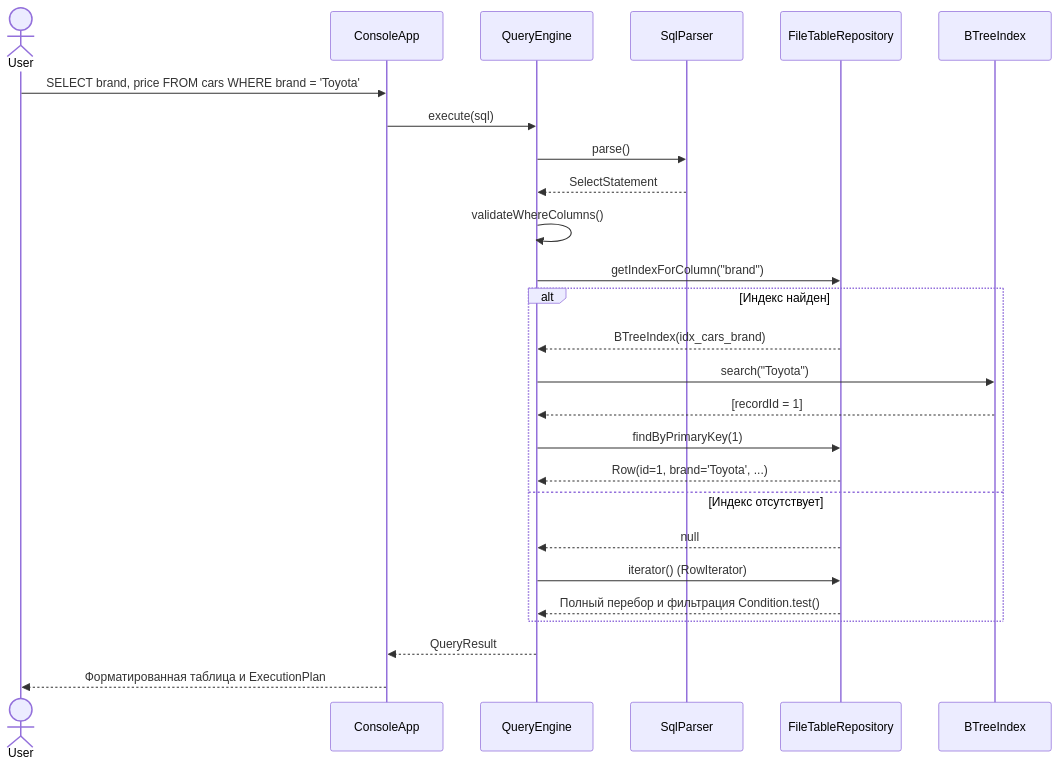
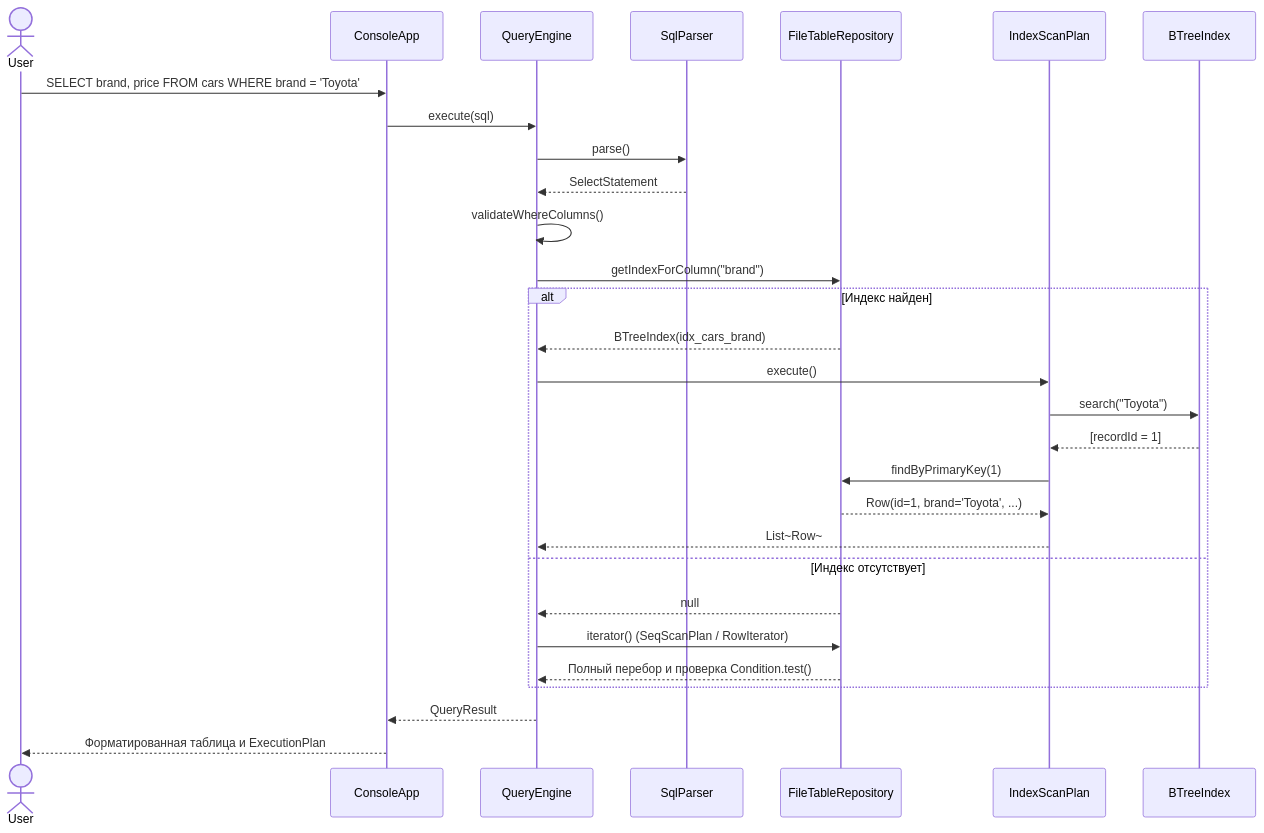
One commit to DanislonZombovich/java-lab2 changed the second of 3 diagrams in README.md. Above: the diagram before and after it, drawn with Mermaid. The commit also changed other lines of this file and 2 other files, not shown here.

````diff
--- a/README.md
+++ b/README.md
@@ -151,29 +153,32 @@
 ```mermaid
 sequenceDiagram
     actor User
     participant ConsoleApp
     participant QueryEngine
     participant SqlParser
     participant FileTableRepository
+    participant IndexScanPlan
     participant BTreeIndex
 
     User->>ConsoleApp: SELECT brand, price FROM cars WHERE brand = 'Toyota';
     ConsoleApp->>QueryEngine: execute(sql)
     QueryEngine->>SqlParser: parse()
     SqlParser-->>QueryEngine: SelectStatement
     QueryEngine->>QueryEngine: validateWhereColumns()
     QueryEngine->>FileTableRepository: getIndexForColumn("brand")
     alt Индекс найден
         FileTableRepository-->>QueryEngine: BTreeIndex(idx_cars_brand)
-        QueryEngine->>BTreeIndex: search("Toyota")
-        BTreeIndex-->>QueryEngine: [recordId = 1]
-        QueryEngine->>FileTableRepository: findByPrimaryKey(1)
-        FileTableRepository-->>QueryEngine: Row(id=1, brand='Toyota', ...)
+        QueryEngine->>IndexScanPlan: execute()
+        IndexScanPlan->>BTreeIndex: search("Toyota")
+        BTreeIndex-->>IndexScanPlan: [recordId = 1]
+        IndexScanPlan->>FileTableRepository: findByPrimaryKey(1)
+        FileTableRepository-->>IndexScanPlan: Row(id=1, brand='Toyota', ...)
+        IndexScanPlan-->>QueryEngine: List~Row~
     else Индекс отсутствует
         FileTableRepository-->>QueryEngine: null
-        QueryEngine->>FileTableRepository: iterator() (RowIterator)
-        FileTableRepository-->>QueryEngine: Полный перебор и фильтрация Condition.test()
+        QueryEngine->>FileTableRepository: iterator() (SeqScanPlan / RowIterator)
+        FileTableRepository-->>QueryEngine: Полный перебор и проверка Condition.test()
     end
     QueryEngine-->>ConsoleApp: QueryResult
     ConsoleApp-->>User: Форматированная таблица и ExecutionPlan
 ```
````
